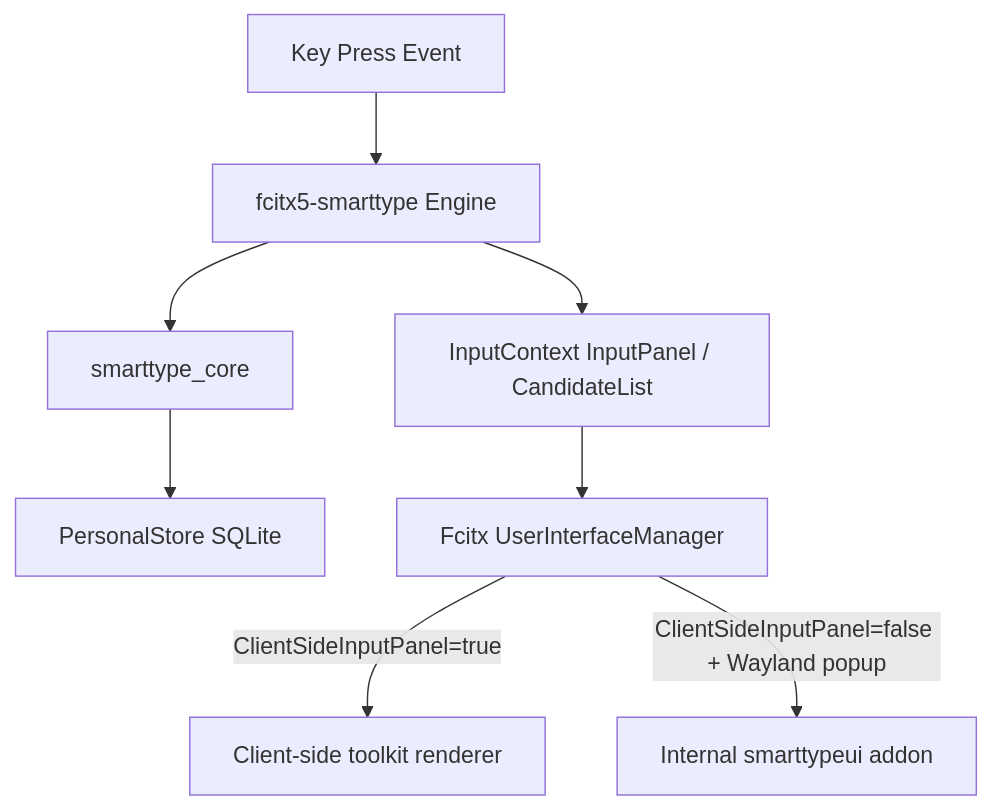
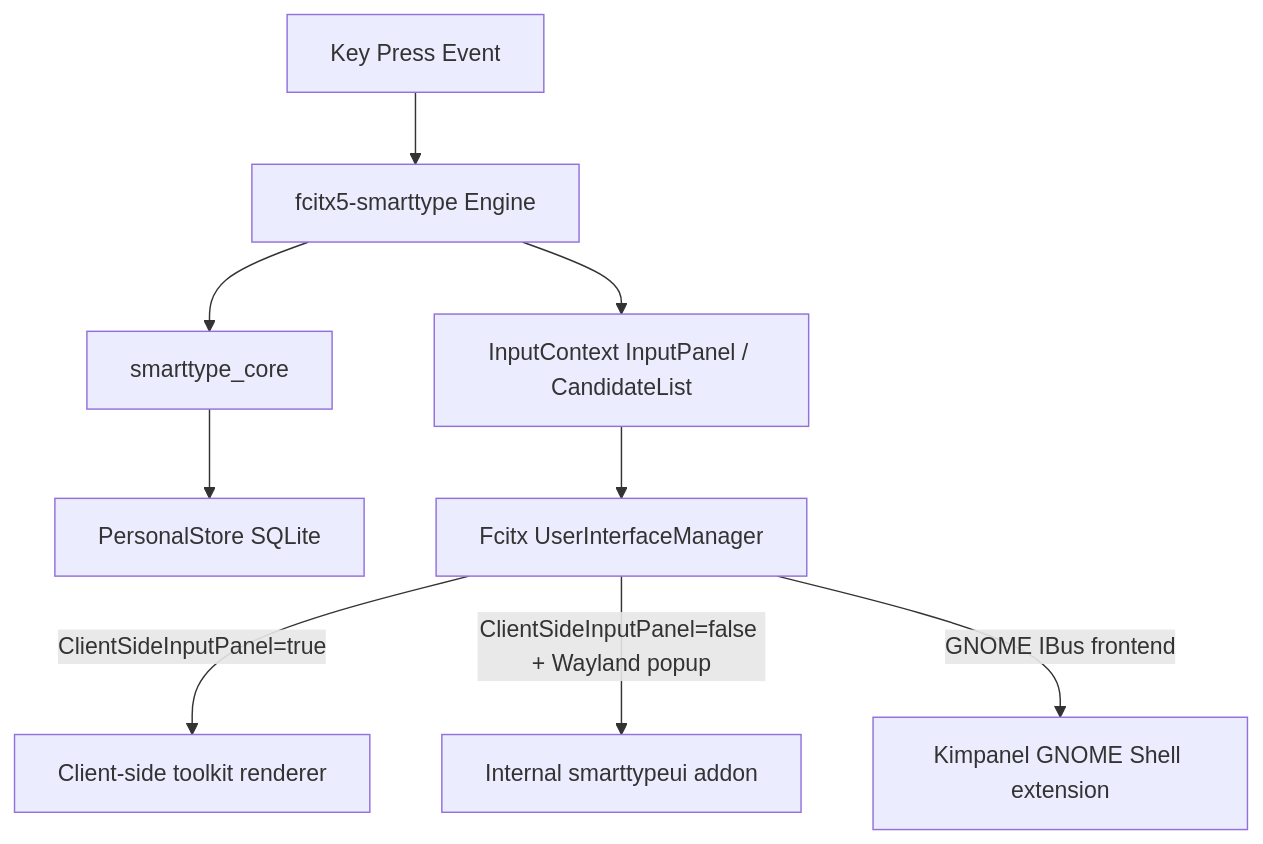
One commit to Mekhanic/smart_type changed the diagram in docs/ARCHITECTURE.md. Above: the diagram before and after it, drawn with Mermaid. The commit also changed other lines of this file and 24 other files, not shown here.

````diff
--- a/docs/ARCHITECTURE.md
+++ b/docs/ARCHITECTURE.md
@@ -8,12 +8,13 @@
 ```mermaid
 graph TD
     A[Key Press Event] --> B[fcitx5-smarttype Engine]
     B --> C[smarttype_core]
     C --> D[PersonalStore SQLite]
 
     B --> E[InputContext InputPanel / CandidateList]
     E --> F[Fcitx UserInterfaceManager]
 
     F -->|ClientSideInputPanel=true| G[Client-side toolkit renderer]
     F -->|ClientSideInputPanel=false + Wayland popup| H[Internal smarttypeui addon]
+    F -->|GNOME IBus frontend| I[Kimpanel GNOME Shell extension]
 ```
````
